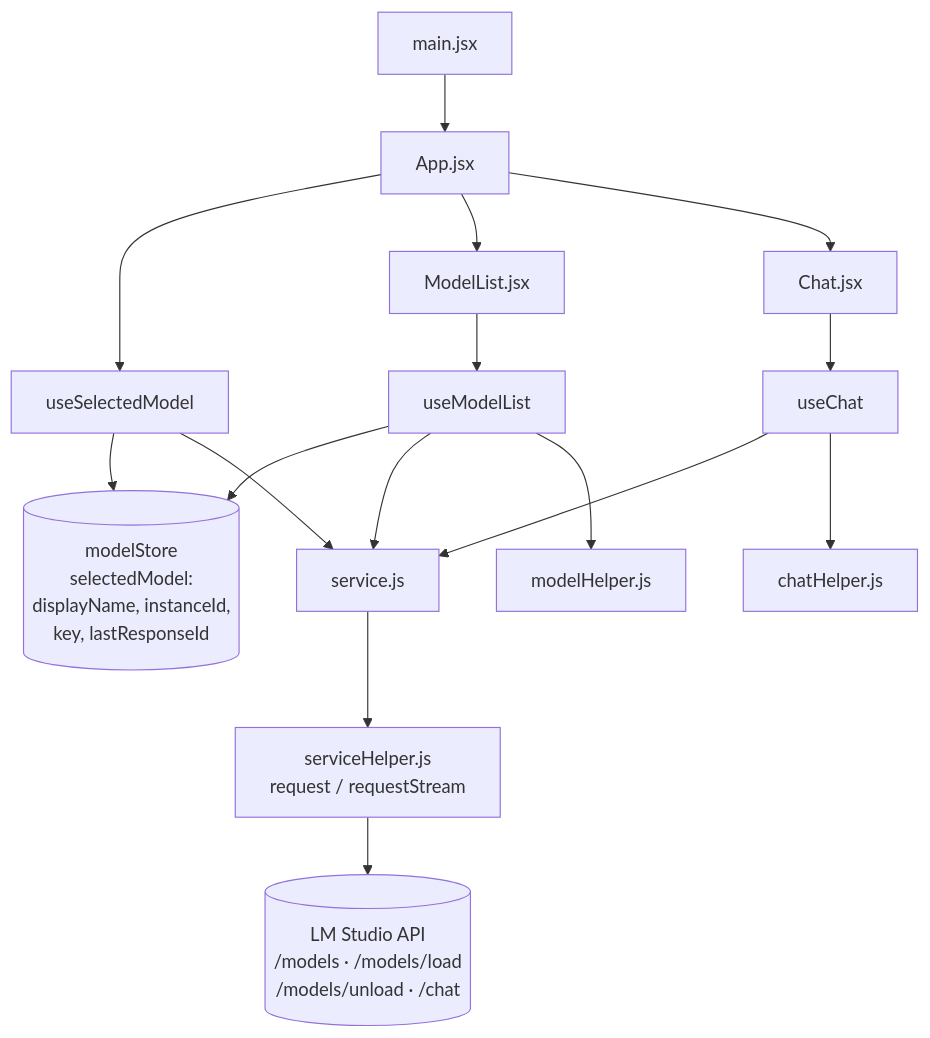
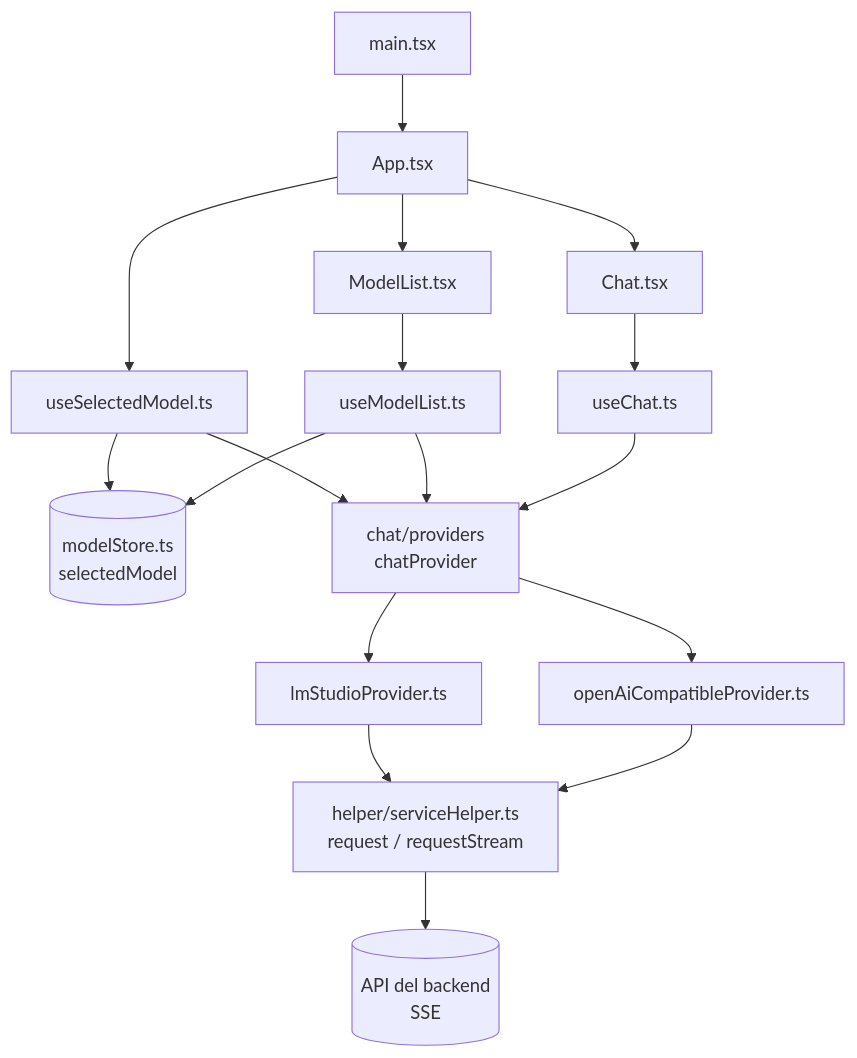
One commit to gaston38kpo/mini-chat-ia changed the first of 2 diagrams in docs/arquitectura.md. Above: the diagram before and after it, drawn with Mermaid. The commit also changed other lines of this file and 4 other files, not shown here.

First line of the commit message:
docs: document the pluggable provider architecture

````diff
--- a/docs/arquitectura.md
+++ b/docs/arquitectura.md
@@ -9,22 +10,23 @@
 ```mermaid
 graph TD
-    main[main.jsx] --> App[App.jsx]
+    main[main.tsx] --> App[App.tsx]
+    App --> useSelectedModel[useSelectedModel.ts]
+    App --> ModelList[ModelList.tsx]
+    App --> Chat[Chat.tsx]
+    ModelList --> useModelList[useModelList.ts]
+    Chat --> useChat[useChat.ts]
 
-    App --> useSelectedModel[useSelectedModel]
-    App --> ModelList[ModelList.jsx]
-    App --> Chat[Chat.jsx]
-    ModelList --> useModelList[useModelList]
-    Chat --> useChat[useChat]
+    useSelectedModel --> store[(modelStore.ts<br/>selectedModel)]
+    useModelList --> store
 
-    useSelectedModel --> store[(modelStore<br/>selectedModel:<br/>displayName, instanceId,<br/>key, lastResponseId)]
-    useModelList --> store
-    useModelList --> svc[service.js]
-    useChat --> svc
-    useSelectedModel --> svc
+    useSelectedModel --> provider
+    useModelList --> provider
+    useChat --> provider
 
-    useModelList --> modelHelper[modelHelper.js]
-    useChat --> chatHelper[chatHelper.js]
+    provider[chat/providers<br/>chatProvider] --> lm[lmStudioProvider.ts]
+    provider --> oai[openAiCompatibleProvider.ts]
 
-    svc --> helperSvc[serviceHelper.js<br/>request / requestStream]
-    helperSvc --> API[(LM Studio API<br/>/models · /models/load<br/>/models/unload · /chat)]
+    lm --> transport[helper/serviceHelper.ts<br/>request / requestStream]
+    oai --> transport
+    transport --> API[(API del backend<br/>SSE)]
 ```
````
